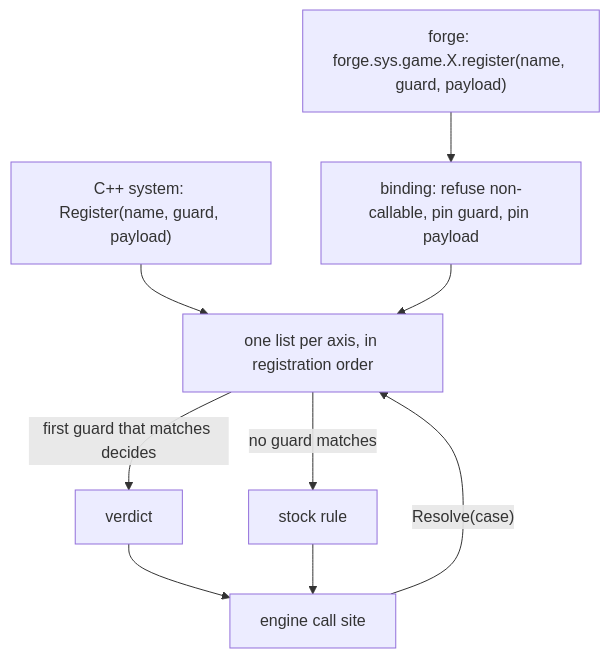
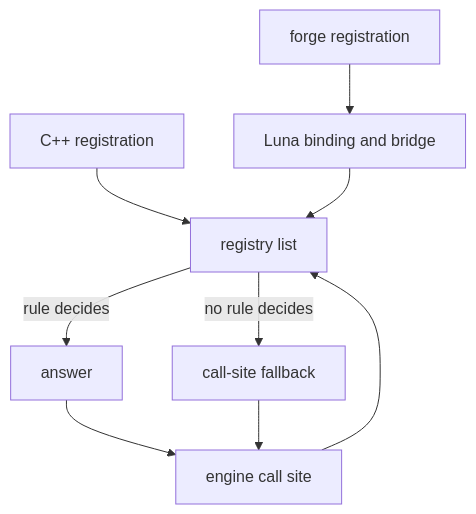
One commit to universal-core/website changed the diagram in foundations/policies/index.md. Above: the diagram before and after it, drawn with Mermaid. The commit also changed other lines of this file and 163 other files, not shown here.

````diff
--- a/foundations/policies/index.md
+++ b/foundations/policies/index.md
@@ -21,11 +20,11 @@
 ```mermaid
 flowchart TD
-    CPP["C++ system: Register(name, guard, payload)"] --> L["one list per axis, in registration order"]
-    LUA["forge: forge.sys.game.X.register(name, guard, payload)"] --> B["binding: refuse non-callable, pin guard, pin payload"]
+    CPP["C++ registration"] --> L["registry list"]
+    LUA["forge registration"] --> B["Luna binding and bridge"]
     B --> L
-    S["engine call site"] -->|"Resolve(case)"| L
-    L -->|"first guard that matches decides"| V["verdict"]
-    L -->|"no guard matches"| D["stock rule"]
+    S["engine call site"] --> L
+    L -->|"rule decides"| V["answer"]
+    L -->|"no rule decides"| D["call-site fallback"]
     V --> S
     D --> S
 ```
````
